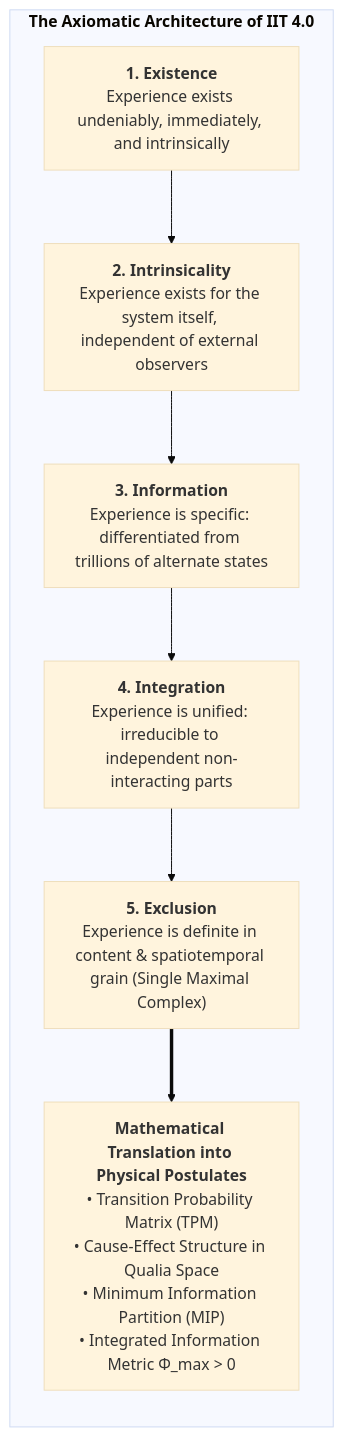
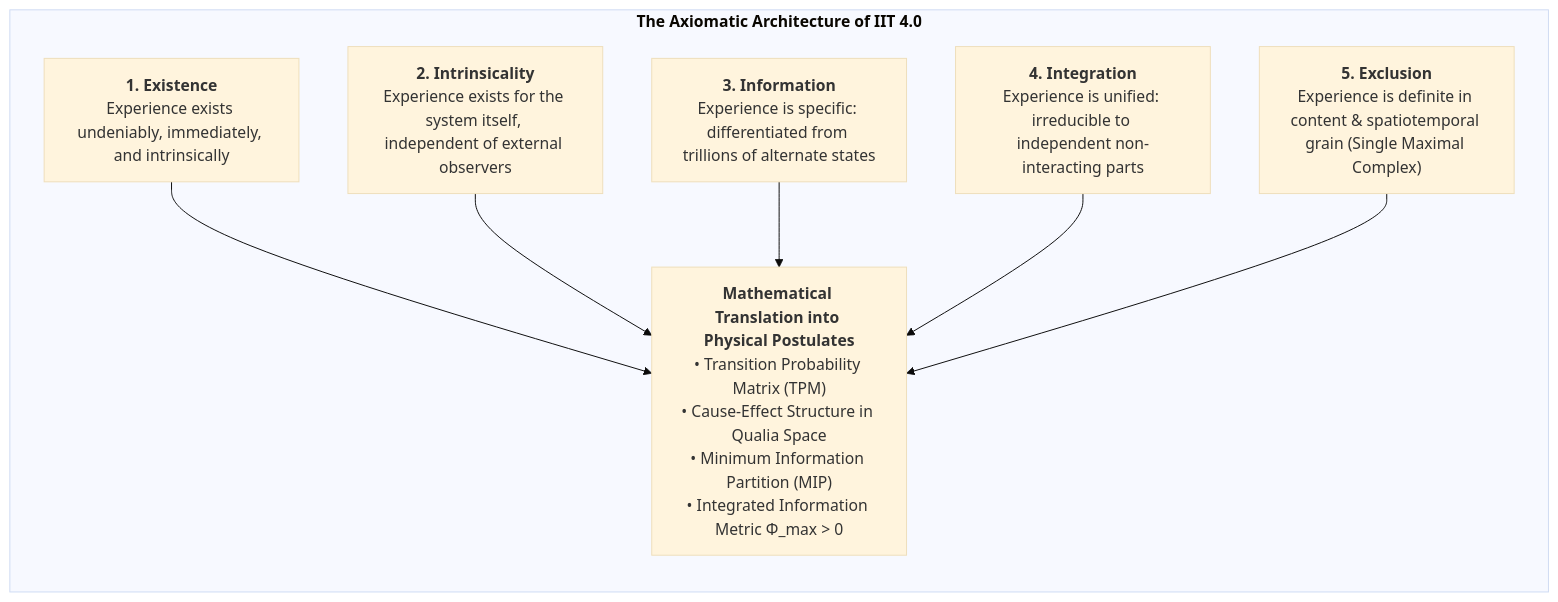
One commit to Thriebl/active-inference-phi-network changed diagram 15 of 50 in book/build/CIF_Monograph_EN.md. Above: the diagram before and after it, drawn with Mermaid (base theme). The commit also changed other lines of this file and 8 other files, not shown here.

````diff
--- a/book/build/CIF_Monograph_EN.md
+++ b/book/build/CIF_Monograph_EN.md
@@ -657,16 +647,20 @@
 ```mermaid
 flowchart TD
     subgraph IIT_AXIOMATIC["<b>The Axiomatic Architecture of IIT 4.0</b>"]
         direction TB
         
         AX1["<b>1. Existence</b><br>Experience exists undeniably, immediately, and intrinsically"]
         AX2["<b>2. Intrinsicality</b><br>Experience exists for the system itself, independent of external observers"]
         AX3["<b>3. Information</b><br>Experience is specific: differentiated from trillions of alternate states"]
         AX4["<b>4. Integration</b><br>Experience is unified: irreducible to independent non-interacting parts"]
         AX5["<b>5. Exclusion</b><br>Experience is definite in content & spatiotemporal grain (Single Maximal Complex)"]
         
         POST["<b>Mathematical Translation into Physical Postulates</b><br>• Transition Probability Matrix (TPM)<br>• Cause-Effect Structure in Qualia Space<br>• Minimum Information Partition (MIP)<br>• Integrated Information Metric Φ_max > 0"]
         
-        AX1 --> AX2 --> AX3 --> AX4 --> AX5 ==> POST
+        AX1 --> POST
+        AX2 --> POST
+        AX3 --> POST
+        AX4 --> POST
+        AX5 --> POST
     end
 ```
````
